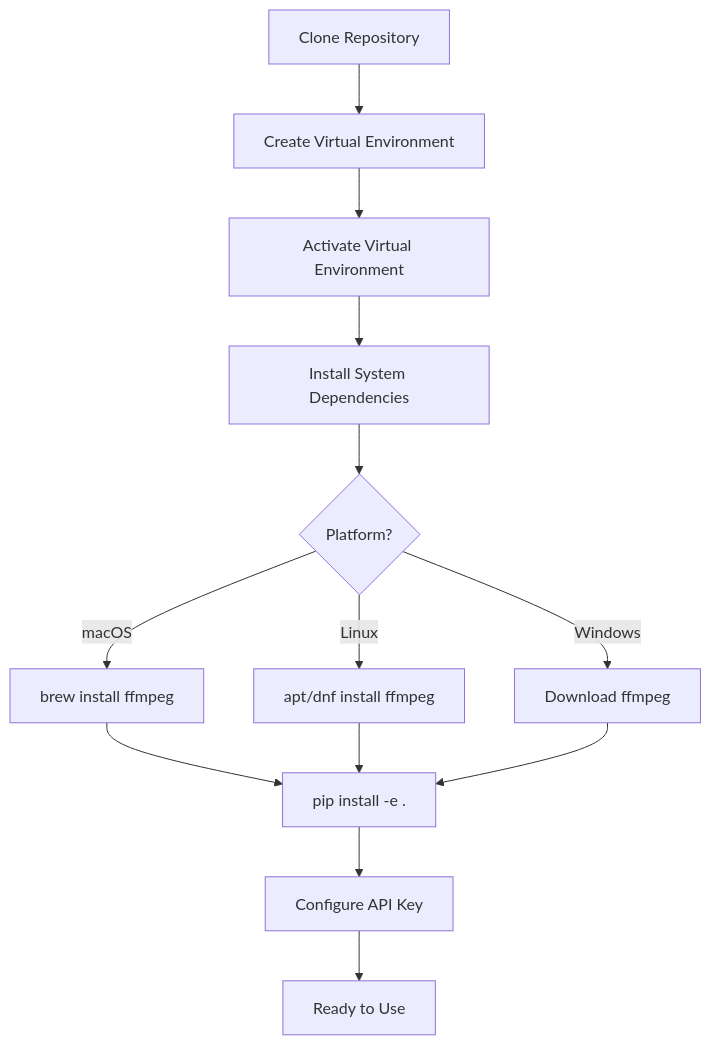
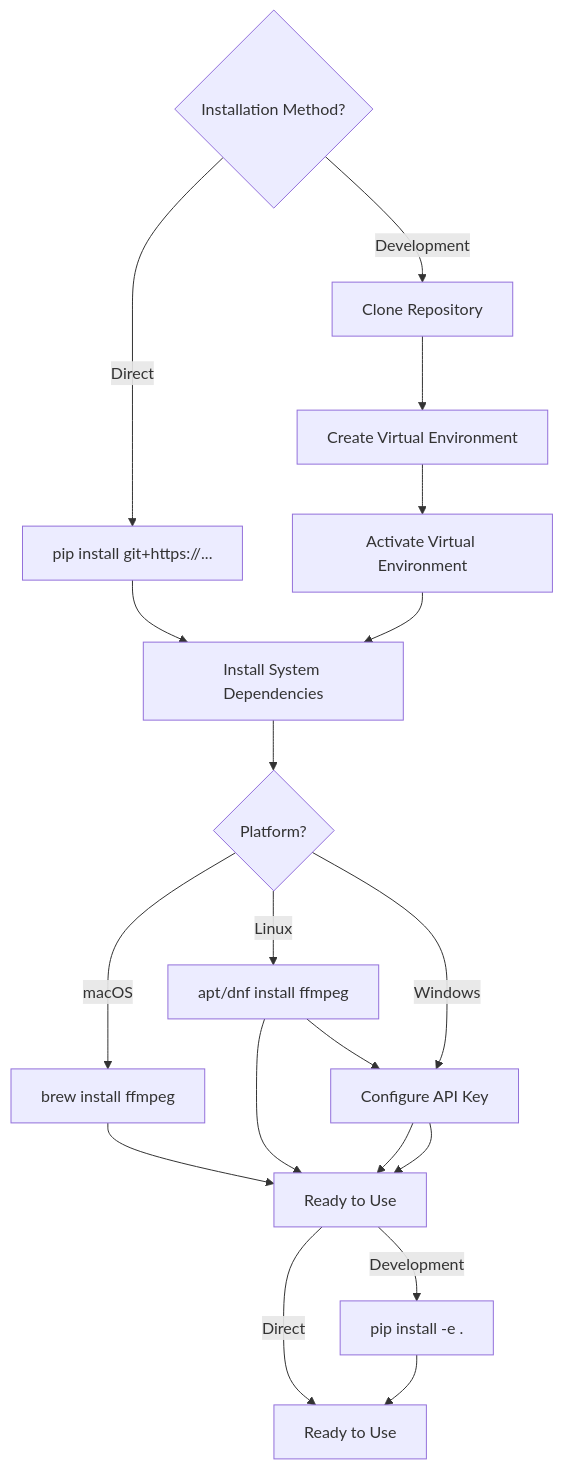
Before and after one commit to YavinOwens/GenAI_Meetings_Agent: the first of 3 diagrams in README.md, drawn with Mermaid. The commit also changed other lines of this file, not shown here.

Commit message:
Add GitHub pip installation instructions to README

````diff
--- a/README.md
+++ b/README.md
@@ -89,15 +107,21 @@
 ```mermaid
 flowchart TD
-    A[Clone Repository] --> B[Create Virtual Environment]
-    B --> C[Activate Virtual Environment]
-    C --> D[Install System Dependencies]
-    D --> E{Platform?}
-    E -->|macOS| F[brew install ffmpeg]
-    E -->|Linux| G[apt/dnf install ffmpeg]
-    E -->|Windows| H[Download ffmpeg]
-    F --> I[pip install -e .]
-    G --> I
-    H --> I
+    A{Installation Method?} -->|Direct| B[pip install git+https://...]
+    A -->|Development| C[Clone Repository]
+    B --> D[Install System Dependencies]
+    C --> E[Create Virtual Environment]
+    E --> F[Activate Virtual Environment]
+    F --> D
+    D --> G{Platform?}
+    G -->|macOS| H[brew install ffmpeg]
+    G -->|Linux| I[apt/dnf install ffmpeg]
+    G -->|Windows| J[Download ffmpeg]
+    H --> K{Method?}
+    I --> K
+    J --> K
+    K -->|Direct| L[Ready to Use]
+    K -->|Development| M[pip install -e .]
+    M --> L
     I --> J[Configure API Key]
     J --> K[Ready to Use]
 ```
````
